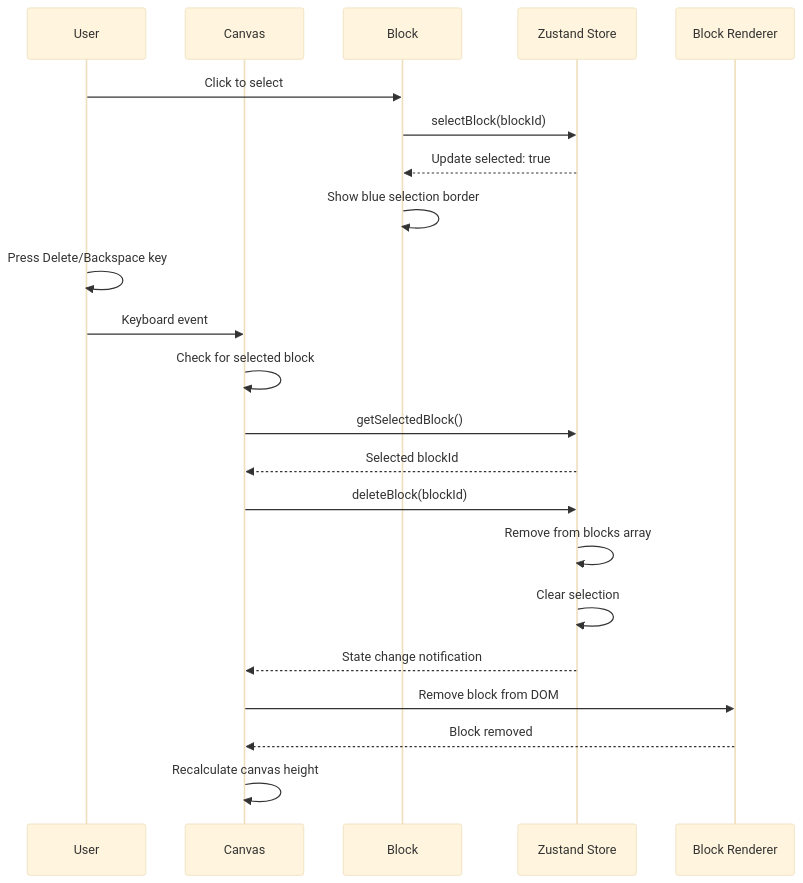
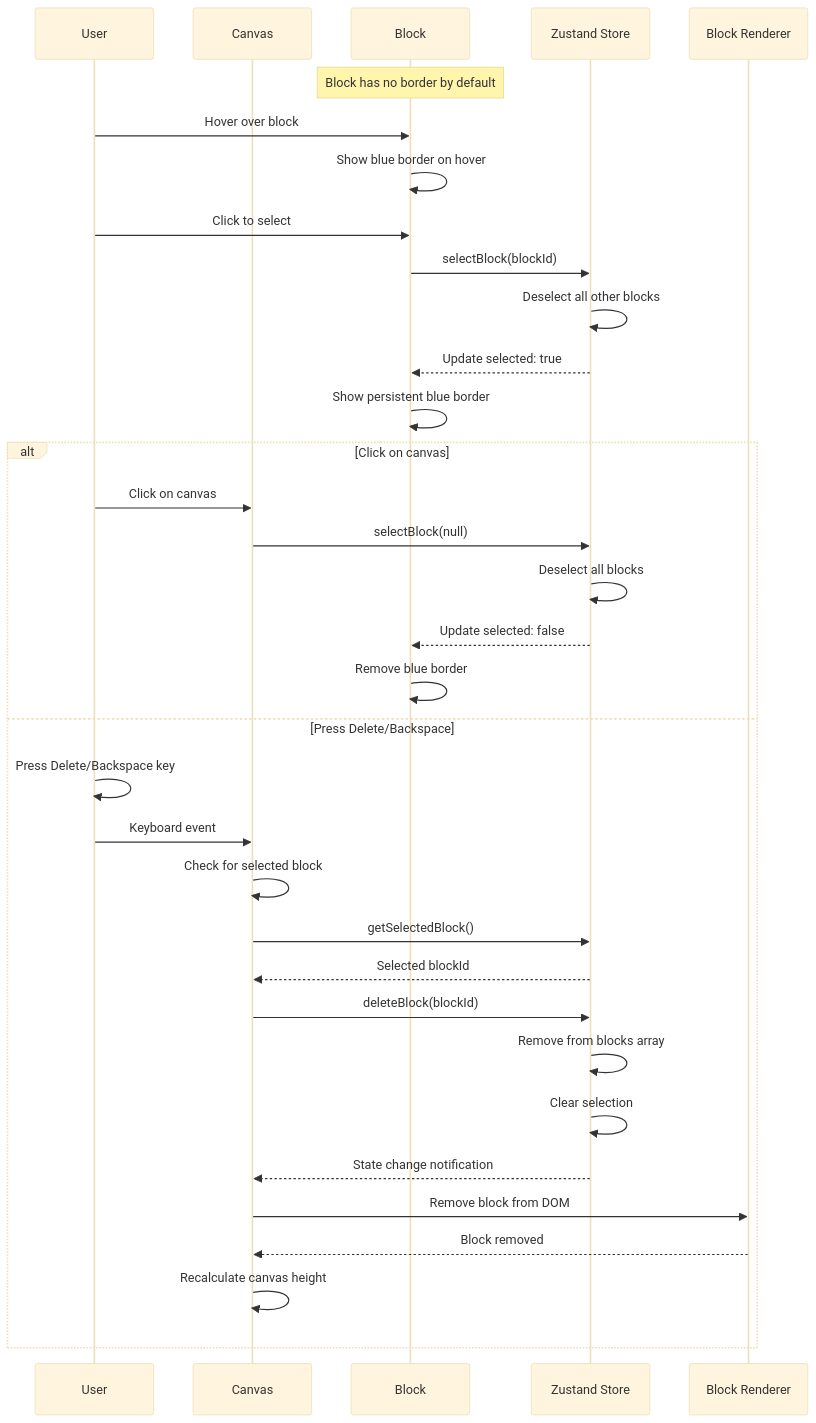
The fifth of 8 diagrams in docs/architecture.md (litkeys/DraftCN), drawn with Mermaid (base theme) before and after one commit. The commit also changed other lines of this file and 10 other files, not shown here.

First line of the commit message:
Architectural realignment

````diff
--- a/docs/architecture.md
+++ b/docs/architecture.md
@@ -691,27 +704,41 @@
 ```mermaid
 sequenceDiagram
     participant User
     participant Canvas
     participant Block
     participant Store as Zustand Store
     participant Renderer as Block Renderer
 
+    Note over Block: Block has no border by default
+    
+    User->>Block: Hover over block
+    Block->>Block: Show blue border on hover
+    
     User->>Block: Click to select
     Block->>Store: selectBlock(blockId)
+    Store->>Store: Deselect all other blocks
     Store-->>Block: Update selected: true
-    Block->>Block: Show blue selection border
+    Block->>Block: Show persistent blue border
     
-    User->>User: Press Delete/Backspace key
-    User->>Canvas: Keyboard event
-    Canvas->>Canvas: Check for selected block
-    Canvas->>Store: getSelectedBlock()
-    Store-->>Canvas: Selected blockId
-    
-    Canvas->>Store: deleteBlock(blockId)
-    Store->>Store: Remove from blocks array
-    Store->>Store: Clear selection
-    Store-->>Canvas: State change notification
-    Canvas->>Renderer: Remove block from DOM
-    Renderer-->>Canvas: Block removed
-    Canvas->>Canvas: Recalculate canvas height
+    alt Click on canvas
+        User->>Canvas: Click on canvas
+        Canvas->>Store: selectBlock(null)
+        Store->>Store: Deselect all blocks
+        Store-->>Block: Update selected: false
+        Block->>Block: Remove blue border
+    else Press Delete/Backspace
+        User->>User: Press Delete/Backspace key
+        User->>Canvas: Keyboard event
+        Canvas->>Canvas: Check for selected block
+        Canvas->>Store: getSelectedBlock()
+        Store-->>Canvas: Selected blockId
+        
+        Canvas->>Store: deleteBlock(blockId)
+        Store->>Store: Remove from blocks array
+        Store->>Store: Clear selection
+        Store-->>Canvas: State change notification
+        Canvas->>Renderer: Remove block from DOM
+        Renderer-->>Canvas: Block removed
+        Canvas->>Canvas: Recalculate canvas height
+    end
 ```
````
